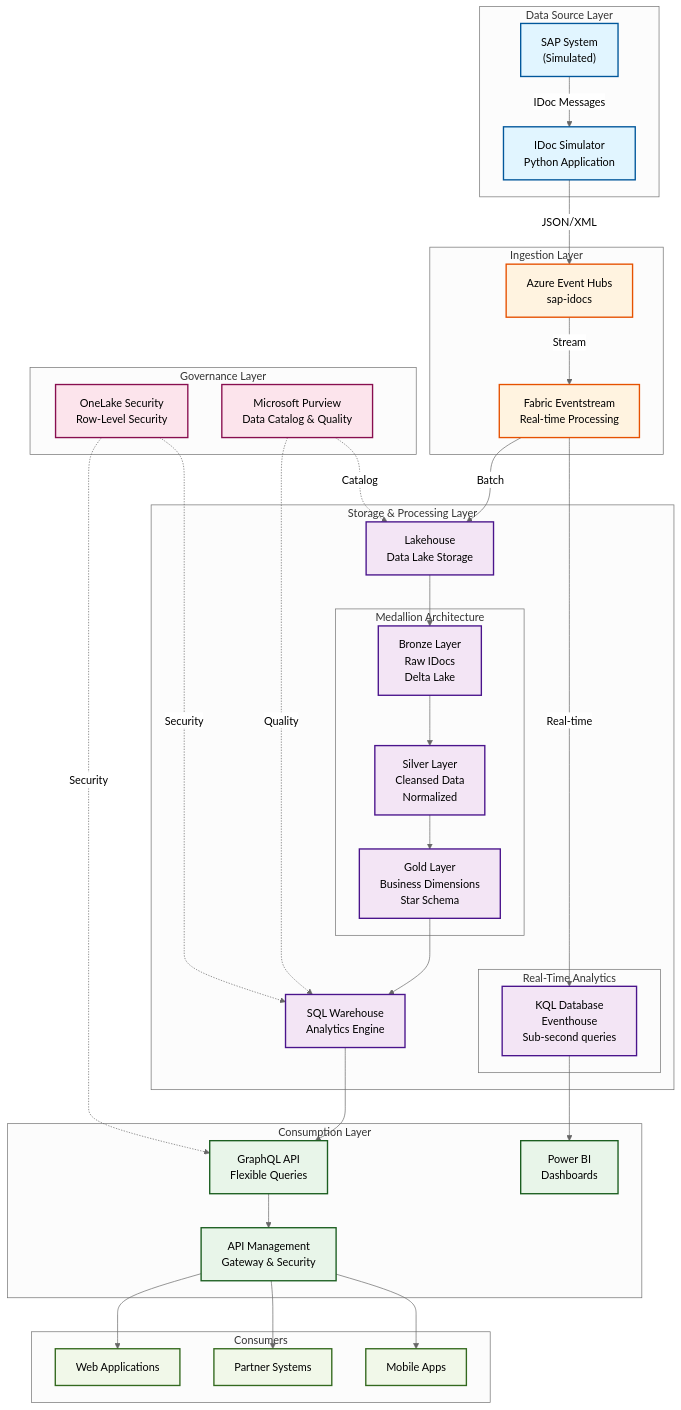
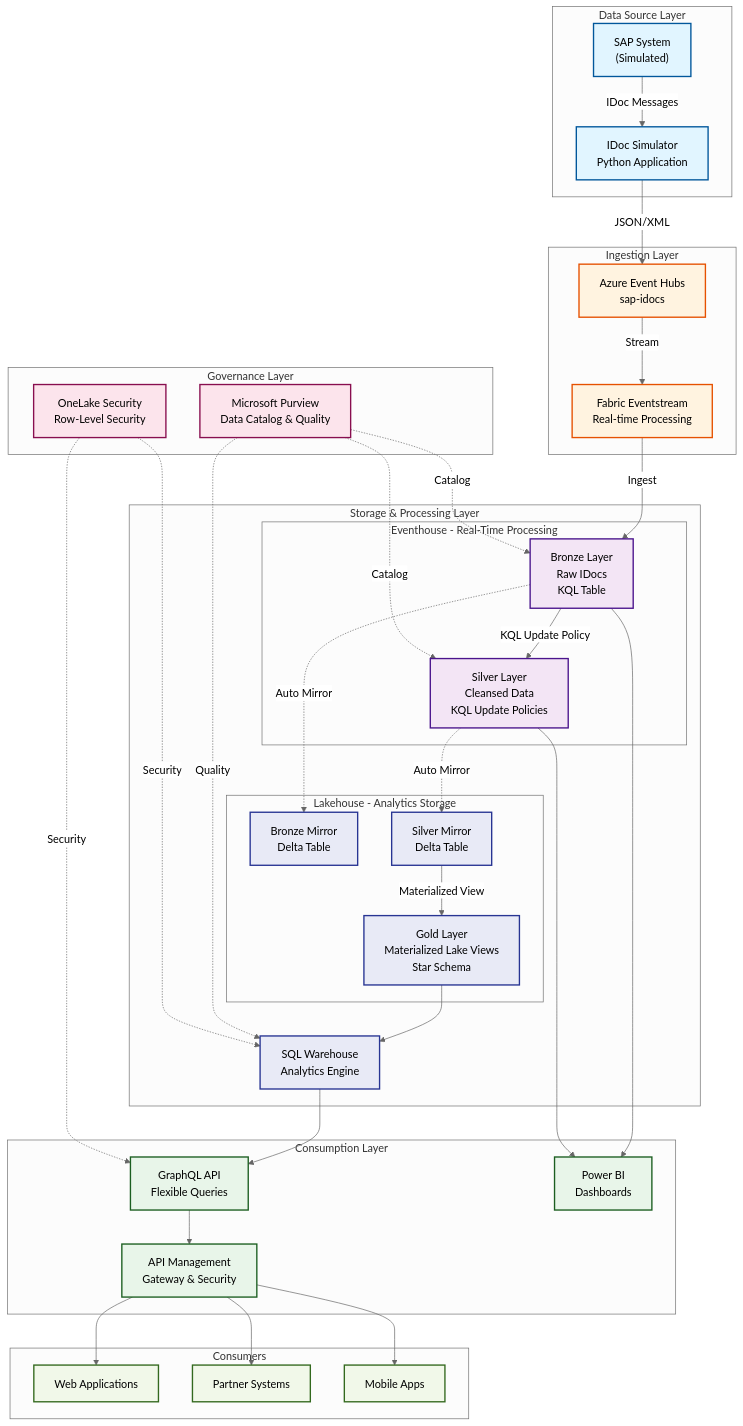
The diagram in workshop/diagrams/architecture.mmd (flthibau/Fabric-SAP-Idocs), drawn with Mermaid (neutral theme) before and after one commit. The commit also changed 1 other file, not shown here.

Commit message:
Update medallion architecture to reflect Eventhouse-based flow with KQL update policies

```diff
--- a/workshop/diagrams/architecture.mmd
+++ b/workshop/diagrams/architecture.mmd
@@ -1,84 +1,89 @@
 graph TB
     subgraph "Data Source Layer"
         SAP["SAP System<br/>(Simulated)"]
         SIM["IDoc Simulator<br/>Python Application"]
     end
     
     subgraph "Ingestion Layer"
         EH["Azure Event Hubs<br/>sap-idocs"]
         ES["Fabric Eventstream<br/>Real-time Processing"]
     end
     
     subgraph "Storage & Processing Layer"
-        subgraph "Real-Time Analytics"
-            KQL["KQL Database<br/>Eventhouse<br/>Sub-second queries"]
+        subgraph "Eventhouse - Real-Time Processing"
+            BRONZE_EH["Bronze Layer<br/>Raw IDocs<br/>KQL Table"]
+            SILVER_EH["Silver Layer<br/>Cleansed Data<br/>KQL Update Policies"]
         end
         
-        subgraph "Medallion Architecture"
-            BRONZE["Bronze Layer<br/>Raw IDocs<br/>Delta Lake"]
-            SILVER["Silver Layer<br/>Cleansed Data<br/>Normalized"]
-            GOLD["Gold Layer<br/>Business Dimensions<br/>Star Schema"]
+        subgraph "Lakehouse - Analytics Storage"
+            BRONZE_LH["Bronze Mirror<br/>Delta Table"]
+            SILVER_LH["Silver Mirror<br/>Delta Table"]
+            GOLD["Gold Layer<br/>Materialized Lake Views<br/>Star Schema"]
         end
         
-        LH["Lakehouse<br/>Data Lake Storage"]
         WH["SQL Warehouse<br/>Analytics Engine"]
     end
     
     subgraph "Consumption Layer"
         GQL["GraphQL API<br/>Flexible Queries"]
         APIM["API Management<br/>Gateway & Security"]
         PBI["Power BI<br/>Dashboards"]
     end
     
     subgraph "Governance Layer"
         PV["Microsoft Purview<br/>Data Catalog & Quality"]
         RLS["OneLake Security<br/>Row-Level Security"]
     end
     
     subgraph "Consumers"
         WEBAPP["Web Applications"]
         PARTNERS["Partner Systems"]
         MOBILE["Mobile Apps"]
     end
     
     %% Data Flow
     SAP -->|IDoc Messages| SIM
     SIM -->|JSON/XML| EH
     EH -->|Stream| ES
     
-    ES -->|Real-time| KQL
-    ES -->|Batch| LH
+    ES -->|Ingest| BRONZE_EH
+    BRONZE_EH -->|KQL Update Policy| SILVER_EH
     
-    LH --> BRONZE
-    BRONZE --> SILVER
-    SILVER --> GOLD
+    BRONZE_EH -.->|Auto Mirror| BRONZE_LH
+    SILVER_EH -.->|Auto Mirror| SILVER_LH
+    
+    SILVER_LH -->|Materialized View| GOLD
     GOLD --> WH
     
-    KQL --> PBI
+    BRONZE_EH --> PBI
+    SILVER_EH --> PBI
     WH --> GQL
     GQL --> APIM
     
     APIM --> WEBAPP
     APIM --> PARTNERS
     APIM --> MOBILE
     
     %% Governance
-    PV -.->|Catalog| LH
+    PV -.->|Catalog| BRONZE_EH
+    PV -.->|Catalog| SILVER_EH
     PV -.->|Quality| WH
     RLS -.->|Security| WH
     RLS -.->|Security| GQL
     
     %% Styling
     classDef sourceStyle fill:#e1f5ff,stroke:#01579b,stroke-width:2px
     classDef ingestionStyle fill:#fff3e0,stroke:#e65100,stroke-width:2px
-    classDef storageStyle fill:#f3e5f5,stroke:#4a148c,stroke-width:2px
+    classDef eventhouseStyle fill:#f3e5f5,stroke:#4a148c,stroke-width:2px
+    classDef lakehouseStyle fill:#e8eaf6,stroke:#283593,stroke-width:2px
     classDef consumptionStyle fill:#e8f5e9,stroke:#1b5e20,stroke-width:2px
     classDef governanceStyle fill:#fce4ec,stroke:#880e4f,stroke-width:2px
     classDef consumerStyle fill:#f1f8e9,stroke:#33691e,stroke-width:2px
     
     class SAP,SIM sourceStyle
     class EH,ES ingestionStyle
-    class KQL,BRONZE,SILVER,GOLD,LH,WH storageStyle
+    class BRONZE_EH,SILVER_EH eventhouseStyle
+    class BRONZE_LH,SILVER_LH,GOLD,WH lakehouseStyle
     class GQL,APIM,PBI consumptionStyle
     class PV,RLS governanceStyle
     class WEBAPP,PARTNERS,MOBILE consumerStyle
```
